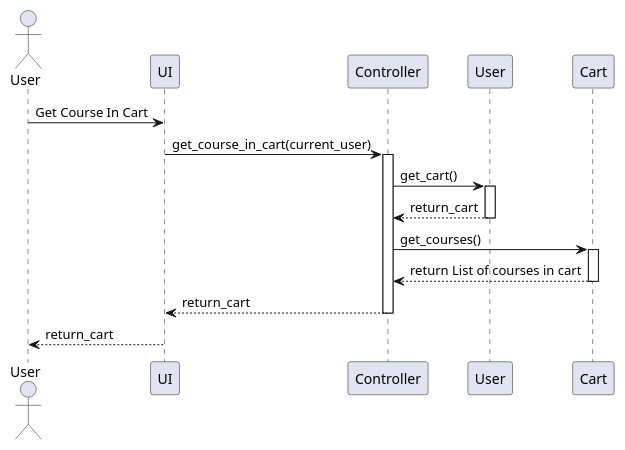
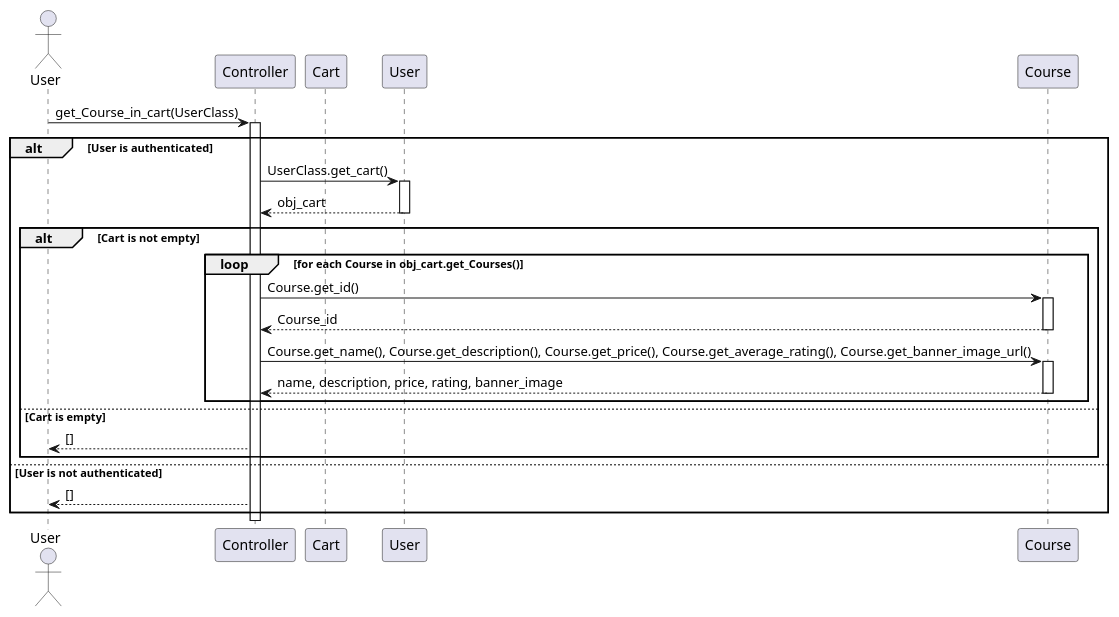
One commit to KMITLSuicide/KMITL-ObjectOrientedProgramming-Project changed the diagram in diagrams/plantuml/cart(get_cart).puml. Above: the diagram before and after it, drawn with PlantUML. The commit also changed 16 other files, not shown here.

```diff
--- a/diagrams/plantuml/cart(get_cart).puml
+++ b/diagrams/plantuml/cart(get_cart).puml
@@ -1,27 +1,38 @@
-@startuml Get Cart
+@startuml
 
-actor "User" as UserActor
+actor User
+participant Controller
+participant Cart
+participant "User" as UserClass
 
-participant "UI" as Server
-participant Controller
-participant "User" as UserClass
-participant Cart
+User -> Controller: get_Course_in_cart(UserClass)
+activate Controller
 
+alt User is authenticated
+    Controller -> UserClass: UserClass.get_cart()
+    activate UserClass
+    UserClass --> Controller: obj_cart
+    deactivate UserClass
 
-UserActor -> Server: Get Course In Cart
-Server -> Controller: get_course_in_cart(current_user)
-activate Controller
-Controller -> UserClass: get_cart()
-activate UserClass
-UserClass --> Controller: return_cart
-deactivate UserClass
-Controller -> Cart: get_courses()
-activate Cart
-Cart --> Controller: return List of courses in cart
-deactivate Cart
-Controller --> Server: return_cart
-deactivate Controller
+    alt Cart is not empty
+        loop for each Course in obj_cart.get_Courses()
+            Controller -> Course: Course.get_id()
+            activate Course
+            Course --> Controller: Course_id
+            deactivate Course
 
-Server --> UserActor: return_cart
+            Controller -> Course: Course.get_name(), Course.get_description(), Course.get_price(), Course.get_average_rating(), Course.get_banner_image_url()
+            activate Course
+            Course --> Controller: name, description, price, rating, banner_image
+            deactivate Course
+
+        end
+    else Cart is empty
+        Controller --> User: []
+    end
+
+else User is not authenticated
+    Controller --> User: []
+end
 
 @enduml
```
